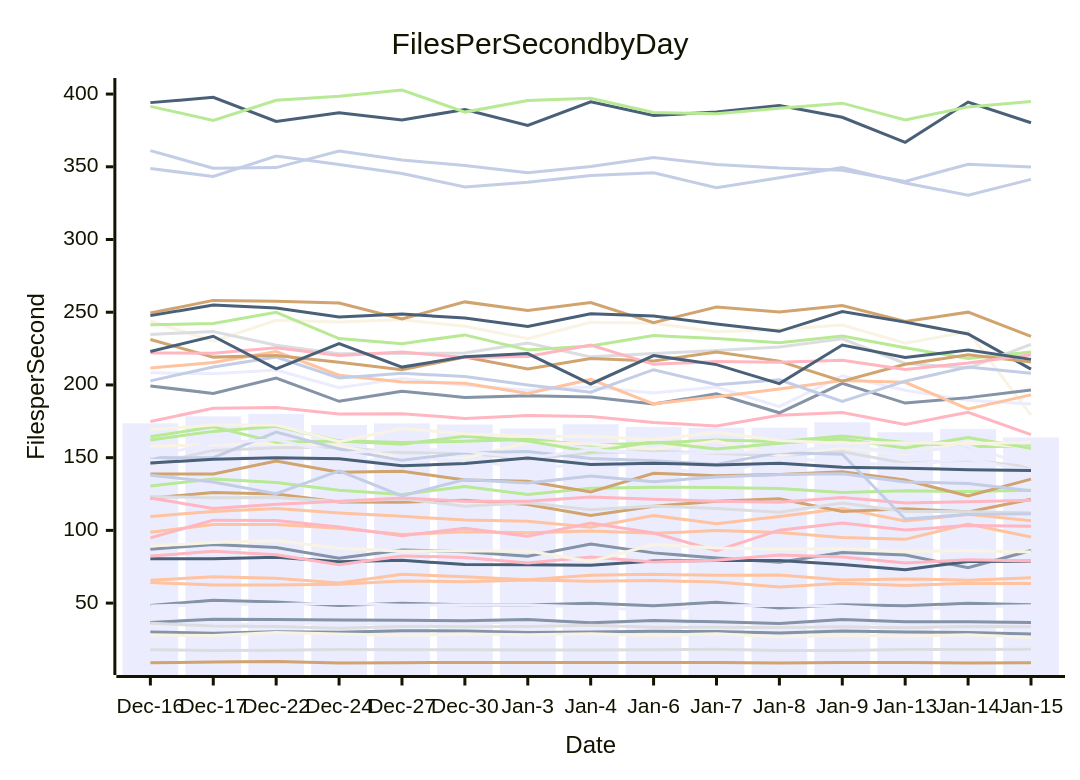
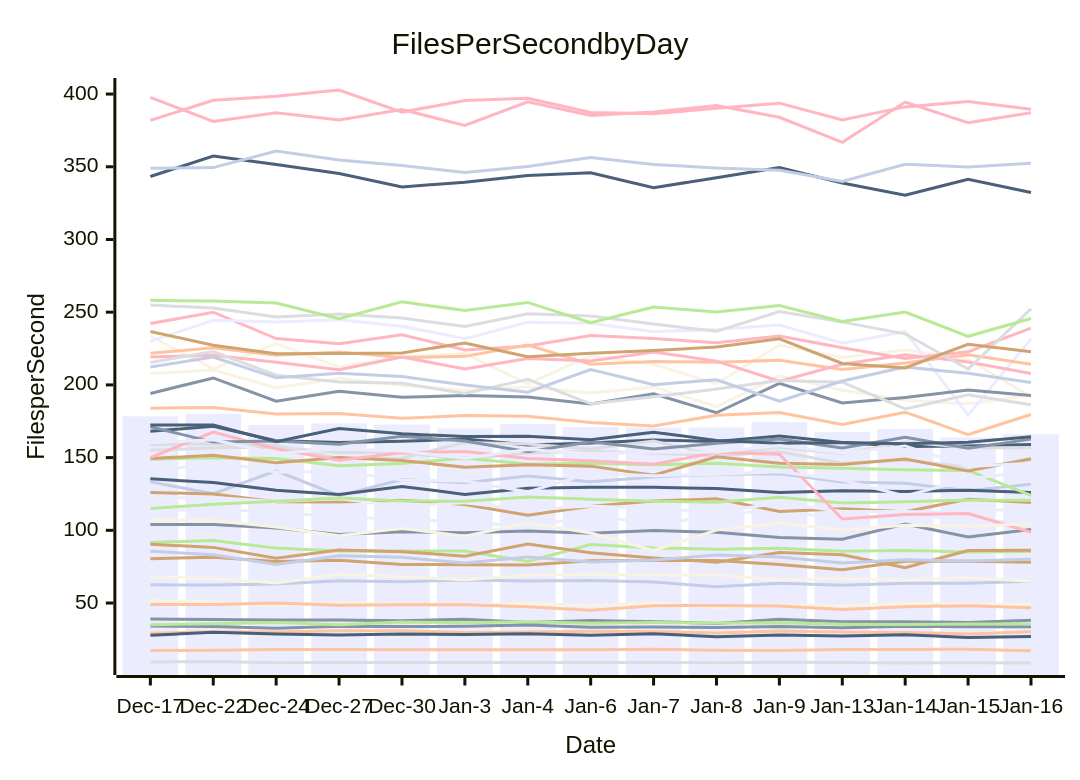
Before and after one commit to streetsidesoftware/cspell: the diagram in perf-report.md, drawn with Mermaid. The commit also changed other lines of this file and 1 other file, not shown here.

````diff
--- a/perf-report.md
+++ b/perf-report.md
@@ -10,57 +10,57 @@
 ```mermaid
 xychart-beta
     title Files Per Second by Day
     y-axis Files per Second
-    x-axis Date [Dec-16, Dec-17, Dec-22, Dec-24, Dec-27, Dec-30, Jan-3, Jan-4, Jan-6, Jan-7, Jan-8, Jan-9, Jan-13, Jan-14, Jan-15]
-    bar [173.64, 178.43, 180.09, 172.48, 173.54, 172.79, 170.07, 172.98, 171.06, 170.63, 170.60, 174.36, 167.48, 169.75, 163.88]
-    line [87.07, 90.37, 88.26, 80.81, 86.47, 85.34, 82.22, 90.61, 84.54, 80.98, 78.06, 84.72, 83.13, 74.36, 86.16]
-    line [109.59, 113.00, 115.03, 111.88, 109.68, 107.07, 106.25, 102.14, 110.16, 104.65, 109.58, 115.11, 106.48, 111.07, 106.70]
-    line [145.39, 155.01, 156.77, 157.19, 153.46, 153.21, 148.91, 153.20, 154.41, 153.05, 151.33, 153.98, 146.13, 148.32, 143.55]
-    line [130.55, 135.39, 132.89, 127.54, 124.61, 130.19, 124.72, 128.97, 129.63, 129.57, 128.75, 125.98, 127.26, 126.67, 127.57]
-    line [122.14, 126.07, 124.95, 119.60, 119.43, 120.64, 117.82, 110.33, 116.53, 120.08, 121.77, 112.94, 114.87, 112.73, 121.37]
-    line [348.84, 343.31, 357.38, 351.53, 345.39, 336.17, 339.40, 343.93, 345.83, 335.66, 342.43, 349.42, 338.80, 330.51, 341.37]
-    line [174.84, 184.02, 184.52, 180.06, 180.25, 176.99, 178.92, 178.38, 174.22, 171.75, 179.11, 181.04, 172.87, 181.24, 165.83]
-    line [80.53, 80.51, 81.49, 78.49, 79.44, 76.50, 76.34, 76.08, 79.03, 79.23, 79.24, 76.50, 72.97, 78.65, 78.72]
-    line [243.97, 230.01, 244.43, 243.32, 244.74, 240.28, 231.82, 243.15, 242.35, 236.52, 238.12, 241.19, 228.64, 236.61, 179.24]
-    line [208.37, 207.77, 210.28, 198.12, 204.40, 199.78, 196.30, 198.61, 194.45, 198.60, 185.12, 206.27, 196.30, 189.40, 186.97]
-    line [199.34, 194.10, 204.78, 188.75, 195.62, 191.45, 192.64, 191.68, 186.85, 193.93, 180.85, 201.04, 187.54, 191.28, 196.46]
-    line [98.64, 104.01, 104.04, 101.53, 97.16, 99.08, 98.33, 99.60, 97.96, 99.84, 98.62, 95.10, 93.83, 104.36, 95.41]
-    line [123.23, 122.39, 122.57, 119.82, 121.66, 116.64, 119.03, 114.16, 116.74, 115.06, 112.51, 118.83, 112.95, 112.89, 112.17]
-    line [162.20, 168.07, 171.52, 161.55, 160.38, 161.25, 162.72, 158.59, 160.02, 162.06, 161.10, 164.91, 160.36, 157.59, 157.97]
-    line [249.42, 258.13, 257.62, 256.30, 245.45, 257.10, 251.12, 256.72, 242.84, 253.62, 250.11, 254.55, 243.64, 250.04, 233.42]
-    line [361.09, 348.96, 349.43, 360.81, 354.60, 350.95, 345.98, 350.21, 356.35, 351.62, 349.11, 347.65, 339.94, 351.75, 349.84]
-    line [122.30, 114.99, 117.98, 119.98, 122.26, 120.11, 120.07, 122.96, 121.36, 120.04, 119.36, 122.67, 118.82, 119.70, 120.72]
-    line [247.67, 254.88, 252.93, 246.70, 248.73, 245.95, 240.13, 248.92, 247.35, 241.85, 236.85, 250.47, 243.18, 235.07, 210.91]
-    line [158.04, 158.90, 159.56, 158.26, 149.38, 149.63, 160.44, 159.38, 155.94, 161.49, 151.30, 157.09, 152.68, 160.69, 156.79]
-    line [151.38, 149.35, 151.56, 146.50, 150.10, 148.04, 143.32, 145.06, 144.14, 137.83, 150.50, 146.15, 145.30, 149.05, 140.78]
-    line [48.39, 51.90, 50.84, 48.41, 49.94, 48.88, 48.70, 49.88, 48.16, 50.54, 46.59, 48.81, 48.15, 49.96, 48.86]
-    line [211.66, 215.40, 222.98, 206.68, 202.06, 201.20, 194.13, 203.79, 186.99, 191.85, 197.16, 203.10, 201.84, 183.49, 193.18]
-    line [234.70, 236.77, 227.25, 221.39, 221.64, 222.00, 228.77, 219.30, 221.68, 223.62, 226.04, 231.74, 214.77, 211.68, 227.93]
-    line [164.35, 171.17, 160.66, 161.47, 159.18, 164.75, 161.43, 154.09, 160.97, 155.89, 159.83, 162.81, 156.59, 163.92, 156.50]
-    line [138.80, 138.75, 147.65, 140.01, 140.67, 134.58, 133.84, 126.46, 139.31, 137.59, 138.48, 140.31, 134.58, 123.64, 135.23]
-    line [150.03, 149.99, 167.61, 155.99, 148.15, 153.37, 154.17, 149.42, 147.86, 145.38, 153.63, 152.37, 107.78, 110.93, 111.50]
-    line [94.87, 107.05, 106.83, 102.33, 96.35, 101.39, 95.92, 105.11, 98.16, 86.10, 100.14, 105.08, 100.22, 103.42, 102.77]
-    line [394.11, 397.72, 381.16, 387.10, 382.18, 389.40, 378.43, 394.66, 385.25, 387.67, 392.05, 384.01, 366.78, 394.48, 380.24]
-    line [169.15, 172.44, 172.46, 160.97, 170.04, 166.42, 164.47, 164.70, 162.35, 167.49, 161.75, 159.91, 160.33, 159.51, 160.62]
-    line [150.68, 160.30, 162.32, 152.82, 156.10, 154.49, 149.59, 155.51, 152.61, 153.69, 153.81, 158.28, 153.24, 158.05, 143.97]
-    line [30.10, 29.27, 30.24, 30.04, 30.99, 30.88, 29.79, 30.12, 30.58, 30.44, 29.43, 30.82, 30.13, 29.74, 28.69]
-    line [64.10, 62.51, 62.39, 63.01, 65.26, 64.66, 65.89, 65.11, 65.47, 64.47, 61.13, 63.67, 62.15, 63.63, 63.52]
-    line [17.93, 17.37, 17.53, 18.08, 17.97, 17.93, 17.83, 17.83, 17.89, 18.19, 17.48, 17.44, 18.04, 18.04, 18.22]
-    line [391.53, 381.89, 395.71, 398.52, 402.79, 387.60, 395.60, 397.05, 387.31, 386.47, 390.16, 393.74, 382.18, 391.17, 394.86]
-    line [8.94, 9.45, 9.78, 8.90, 9.07, 9.12, 9.16, 9.11, 9.12, 9.14, 8.90, 9.21, 9.09, 8.82, 8.93]
-    line [202.82, 212.32, 219.19, 204.86, 207.97, 205.76, 199.93, 194.96, 210.48, 200.08, 203.53, 188.73, 202.65, 212.27, 207.96]
-    line [82.32, 85.67, 83.25, 76.44, 82.43, 81.41, 77.52, 81.68, 78.20, 79.53, 83.01, 81.62, 77.54, 79.76, 78.94]
-    line [146.32, 148.93, 149.89, 149.32, 144.39, 145.93, 149.70, 145.36, 146.19, 145.02, 146.18, 143.49, 142.76, 141.64, 141.15]
-    line [89.18, 91.59, 93.06, 87.76, 85.72, 85.81, 85.78, 78.64, 90.27, 87.90, 87.06, 87.60, 85.54, 86.15, 85.12]
-    line [36.62, 35.07, 35.79, 36.55, 35.09, 36.98, 36.38, 37.08, 36.07, 36.65, 36.34, 36.49, 35.46, 35.24, 35.59]
-    line [36.63, 38.97, 38.70, 38.32, 38.26, 37.85, 38.77, 36.54, 38.02, 37.20, 35.97, 38.77, 37.19, 37.15, 36.65]
-    line [65.71, 68.06, 67.11, 63.78, 69.83, 68.15, 65.99, 69.11, 69.77, 69.09, 69.36, 65.84, 66.66, 65.78, 67.40]
-    line [36.21, 34.19, 33.89, 32.69, 33.95, 33.78, 33.96, 34.86, 33.41, 33.47, 33.19, 33.82, 33.01, 34.00, 33.70]
-    line [241.35, 242.19, 249.98, 231.90, 228.38, 234.40, 224.05, 226.75, 234.01, 231.87, 229.00, 233.60, 225.53, 218.14, 222.73]
-    line [231.21, 219.13, 220.31, 215.56, 210.39, 219.17, 210.98, 218.13, 216.47, 222.63, 216.37, 202.60, 214.18, 220.74, 215.80]
-    line [137.98, 133.31, 125.20, 140.89, 123.76, 134.99, 132.64, 137.41, 133.47, 136.71, 138.45, 138.88, 133.26, 132.31, 127.23]
-    line [222.02, 221.71, 225.51, 220.33, 222.69, 218.79, 219.63, 227.40, 214.16, 216.11, 215.58, 216.92, 210.61, 215.07, 220.69]
-    line [222.96, 233.49, 211.10, 228.39, 212.27, 219.38, 221.60, 200.66, 220.18, 213.99, 200.90, 227.46, 218.81, 223.94, 217.59]
-    line [28.09, 27.81, 29.86, 28.77, 27.94, 28.71, 28.29, 28.89, 27.76, 28.93, 26.82, 27.98, 27.25, 28.25, 26.29]
-    line [47.94, 49.07, 48.96, 49.98, 48.46, 48.82, 48.74, 47.38, 44.97, 48.20, 48.28, 47.88, 45.48, 47.52, 48.15]
+    x-axis Date [Dec-17, Dec-22, Dec-24, Dec-27, Dec-30, Jan-3, Jan-4, Jan-6, Jan-7, Jan-8, Jan-9, Jan-13, Jan-14, Jan-15, Jan-16]
+    bar [178.43, 180.09, 172.48, 173.54, 172.79, 170.07, 172.98, 171.06, 170.63, 170.60, 174.36, 167.48, 169.75, 163.88, 166.13]
+    line [38.97, 38.70, 38.32, 38.26, 37.85, 38.77, 36.54, 38.02, 37.20, 35.97, 38.77, 37.19, 37.15, 36.65, 38.13]
+    line [17.37, 17.53, 18.08, 17.97, 17.93, 17.83, 17.83, 17.89, 18.19, 17.48, 17.44, 18.04, 18.04, 18.22, 17.23]
+    line [155.01, 156.77, 157.19, 153.46, 153.21, 148.91, 153.20, 154.41, 153.05, 151.33, 153.98, 146.13, 148.32, 143.55, 147.19]
+    line [91.59, 93.06, 87.76, 85.72, 85.81, 85.78, 78.64, 90.27, 87.90, 87.06, 87.60, 85.54, 86.15, 85.12, 85.43]
+    line [90.37, 88.26, 80.81, 86.47, 85.34, 82.22, 90.61, 84.54, 80.98, 78.06, 84.72, 83.13, 74.36, 86.16, 86.38]
+    line [133.31, 125.20, 140.89, 123.76, 134.99, 132.64, 137.41, 133.47, 136.71, 138.45, 138.88, 133.26, 132.31, 127.23, 131.76]
+    line [381.89, 395.71, 398.52, 402.79, 387.60, 395.60, 397.05, 387.31, 386.47, 390.16, 393.74, 382.18, 391.17, 394.86, 389.55]
+    line [135.39, 132.89, 127.54, 124.61, 130.19, 124.72, 128.97, 129.63, 129.57, 128.75, 125.98, 127.26, 126.67, 127.57, 126.01]
+    line [233.49, 211.10, 228.39, 212.27, 219.38, 221.60, 200.66, 220.18, 213.99, 200.90, 227.46, 218.81, 223.94, 217.59, 191.78]
+    line [113.00, 115.03, 111.88, 109.68, 107.07, 106.25, 102.14, 110.16, 104.65, 109.58, 115.11, 106.48, 111.07, 106.70, 105.83]
+    line [34.19, 33.89, 32.69, 33.95, 33.78, 33.96, 34.86, 33.41, 33.47, 33.19, 33.82, 33.01, 34.00, 33.70, 33.67]
+    line [29.27, 30.24, 30.04, 30.99, 30.88, 29.79, 30.12, 30.58, 30.44, 29.43, 30.82, 30.13, 29.74, 28.69, 30.19]
+    line [9.45, 9.78, 8.90, 9.07, 9.12, 9.16, 9.11, 9.12, 9.14, 8.90, 9.21, 9.09, 8.82, 8.93, 8.76]
+    line [35.07, 35.79, 36.55, 35.09, 36.98, 36.38, 37.08, 36.07, 36.65, 36.34, 36.49, 35.46, 35.24, 35.59, 35.58]
+    line [80.51, 81.49, 78.49, 79.44, 76.50, 76.34, 76.08, 79.03, 79.23, 79.24, 76.50, 72.97, 78.65, 78.72, 77.98]
+    line [85.67, 83.25, 76.44, 82.43, 81.41, 77.52, 81.68, 78.20, 79.53, 83.01, 81.62, 77.54, 79.76, 78.94, 80.05]
+    line [242.19, 249.98, 231.90, 228.38, 234.40, 224.05, 226.75, 234.01, 231.87, 229.00, 233.60, 225.53, 218.14, 222.73, 239.07]
+    line [168.07, 171.52, 161.55, 160.38, 161.25, 162.72, 158.59, 160.02, 162.06, 161.10, 164.91, 160.36, 157.59, 157.97, 159.04]
+    line [207.77, 210.28, 198.12, 204.40, 199.78, 196.30, 198.61, 194.45, 198.60, 185.12, 206.27, 196.30, 189.40, 186.97, 192.92]
+    line [230.01, 244.43, 243.32, 244.74, 240.28, 231.82, 243.15, 242.35, 236.52, 238.12, 241.19, 228.64, 236.61, 179.24, 231.58]
+    line [194.10, 204.78, 188.75, 195.62, 191.45, 192.64, 191.68, 186.85, 193.93, 180.85, 201.04, 187.54, 191.28, 196.46, 192.64]
+    line [221.71, 225.51, 220.33, 222.69, 218.79, 219.63, 227.40, 214.16, 216.11, 215.58, 216.92, 210.61, 215.07, 220.69, 214.26]
+    line [158.90, 159.56, 158.26, 149.38, 149.63, 160.44, 159.38, 155.94, 161.49, 151.30, 157.09, 152.68, 160.69, 156.79, 156.81]
+    line [148.93, 149.89, 149.32, 144.39, 145.93, 149.70, 145.36, 146.19, 145.02, 146.18, 143.49, 142.76, 141.64, 141.15, 123.99]
+    line [126.07, 124.95, 119.60, 119.43, 120.64, 117.82, 110.33, 116.53, 120.08, 121.77, 112.94, 114.87, 112.73, 121.37, 119.21]
+    line [62.51, 62.39, 63.01, 65.26, 64.66, 65.89, 65.11, 65.47, 64.47, 61.13, 63.67, 62.15, 63.63, 63.52, 64.93]
+    line [219.13, 220.31, 215.56, 210.39, 219.17, 210.98, 218.13, 216.47, 222.63, 216.37, 202.60, 214.18, 220.74, 215.80, 207.87]
+    line [27.81, 29.86, 28.77, 27.94, 28.71, 28.29, 28.89, 27.76, 28.93, 26.82, 27.98, 27.25, 28.25, 26.29, 26.94]
+    line [51.90, 50.84, 48.41, 49.94, 48.88, 48.70, 49.88, 48.16, 50.54, 46.59, 48.81, 48.15, 49.96, 48.86, 49.35]
+    line [122.39, 122.57, 119.82, 121.66, 116.64, 119.03, 114.16, 116.74, 115.06, 112.51, 118.83, 112.95, 112.89, 112.17, 115.75]
+    line [104.01, 104.04, 101.53, 97.16, 99.08, 98.33, 99.60, 97.96, 99.84, 98.62, 95.10, 93.83, 104.36, 95.41, 100.49]
+    line [184.02, 184.52, 180.06, 180.25, 176.99, 178.92, 178.38, 174.22, 171.75, 179.11, 181.04, 172.87, 181.24, 165.83, 179.67]
+    line [215.40, 222.98, 206.68, 202.06, 201.20, 194.13, 203.79, 186.99, 191.85, 197.16, 203.10, 201.84, 183.49, 193.18, 186.41]
+    line [114.99, 117.98, 119.98, 122.26, 120.11, 120.07, 122.96, 121.36, 120.04, 119.36, 122.67, 118.82, 119.70, 120.72, 120.60]
+    line [149.35, 151.56, 146.50, 150.10, 148.04, 143.32, 145.06, 144.14, 137.83, 150.50, 146.15, 145.30, 149.05, 140.78, 149.26]
+    line [212.32, 219.19, 204.86, 207.97, 205.76, 199.93, 194.96, 210.48, 200.08, 203.53, 188.73, 202.65, 212.27, 207.96, 201.68]
+    line [149.99, 167.61, 155.99, 148.15, 153.37, 154.17, 149.42, 147.86, 145.38, 153.63, 152.37, 107.78, 110.93, 111.50, 98.69]
+    line [343.31, 357.38, 351.53, 345.39, 336.17, 339.40, 343.93, 345.83, 335.66, 342.43, 349.42, 338.80, 330.51, 341.37, 332.29]
+    line [68.06, 67.11, 63.78, 69.83, 68.15, 65.99, 69.11, 69.77, 69.09, 69.36, 65.84, 66.66, 65.78, 67.40, 65.04]
+    line [138.75, 147.65, 140.01, 140.67, 134.58, 133.84, 126.46, 139.31, 137.59, 138.48, 140.31, 134.58, 123.64, 135.23, 140.79]
+    line [171.17, 160.66, 161.47, 159.18, 164.75, 161.43, 154.09, 160.97, 155.89, 159.83, 162.81, 156.59, 163.92, 156.50, 162.70]
+    line [49.07, 48.96, 49.98, 48.46, 48.82, 48.74, 47.38, 44.97, 48.20, 48.28, 47.88, 45.48, 47.52, 48.15, 46.82]
+    line [254.88, 252.93, 246.70, 248.73, 245.95, 240.13, 248.92, 247.35, 241.85, 236.85, 250.47, 243.18, 235.07, 210.91, 252.26]
+    line [258.13, 257.62, 256.30, 245.45, 257.10, 251.12, 256.72, 242.84, 253.62, 250.11, 254.55, 243.64, 250.04, 233.42, 245.62]
+    line [236.77, 227.25, 221.39, 221.64, 222.00, 228.77, 219.30, 221.68, 223.62, 226.04, 231.74, 214.77, 211.68, 227.93, 222.84]
+    line [348.96, 349.43, 360.81, 354.60, 350.95, 345.98, 350.21, 356.35, 351.62, 349.11, 347.65, 339.94, 351.75, 349.84, 352.46]
+    line [397.72, 381.16, 387.10, 382.18, 389.40, 378.43, 394.66, 385.25, 387.67, 392.05, 384.01, 366.78, 394.48, 380.24, 387.08]
+    line [172.44, 172.46, 160.97, 170.04, 166.42, 164.47, 164.70, 162.35, 167.49, 161.75, 159.91, 160.33, 159.51, 160.62, 164.27]
+    line [107.05, 106.83, 102.33, 96.35, 101.39, 95.92, 105.11, 98.16, 86.10, 100.14, 105.08, 100.22, 103.42, 102.77, 104.55]
+    line [160.30, 162.32, 152.82, 156.10, 154.49, 149.59, 155.51, 152.61, 153.69, 153.81, 158.28, 153.24, 158.05, 143.97, 146.11]
 ```
````
